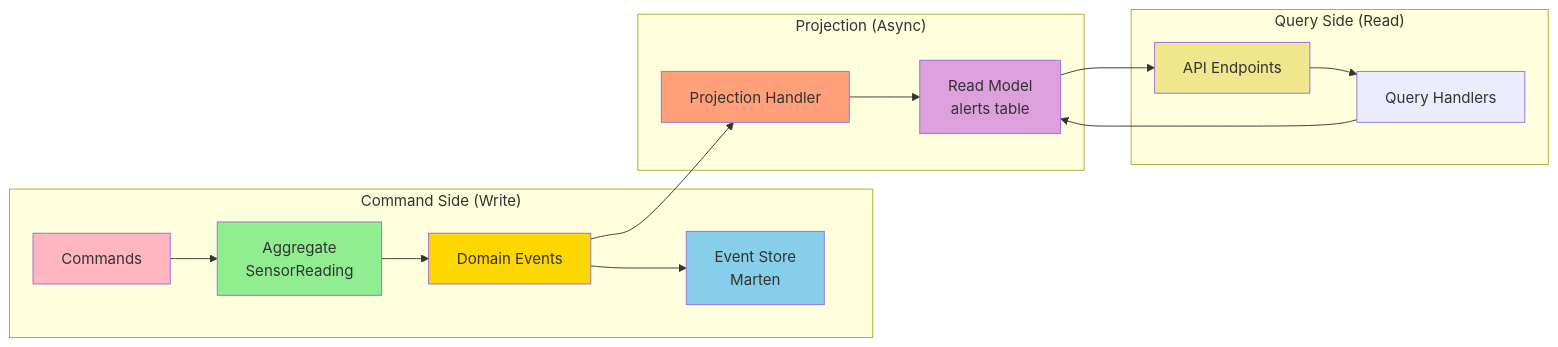
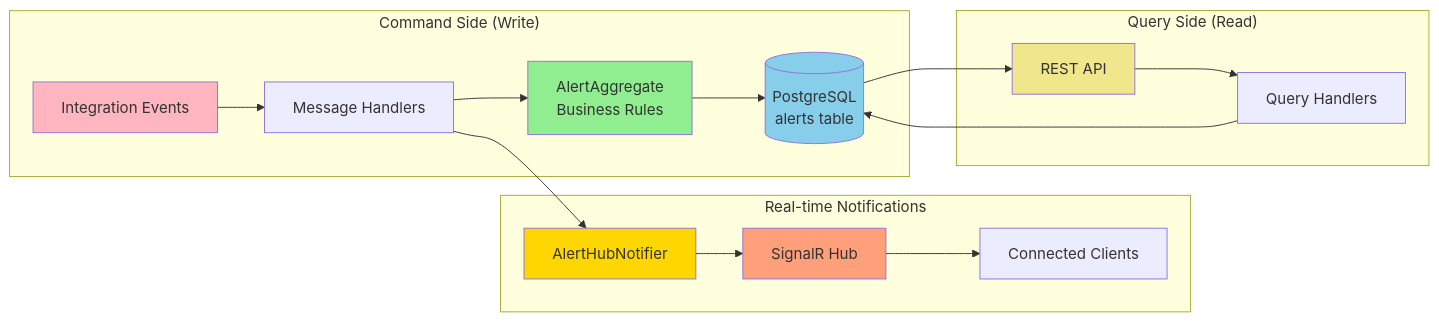
Before and after one commit to rdpresser/tc-agro-analytics-worker: the seventh of 12 diagrams in docs/C4_ARCHITECTURE_DIAGRAMS.md, drawn with Mermaid. The commit also changed other lines of this file and 7 other files, not shown here.

````diff
--- a/docs/C4_ARCHITECTURE_DIAGRAMS.md
+++ b/docs/C4_ARCHITECTURE_DIAGRAMS.md
@@ -349,27 +423,27 @@
 ```mermaid
 graph LR
     subgraph "Command Side (Write)"
-        CMD[Commands] --> AGG[Aggregate<br/>SensorReading]
-        AGG --> EVT[Domain Events]
-        EVT --> ES[Event Store<br/>Marten]
+        CMD[Integration Events] --> Handler[Message Handlers]
+        Handler --> AGG[AlertAggregate<br/>Business Rules]
+        AGG --> DB[(PostgreSQL<br/>alerts table)]
     end
-    
-    subgraph "Projection (Async)"
-        EVT --> PROJ[Projection Handler]
-        PROJ --> RM[Read Model<br/>alerts table]
+
+    subgraph "Real-time Notifications"
+        Handler --> Notifier[AlertHubNotifier]
+        Notifier --> SignalR[SignalR Hub]
+        SignalR --> Clients[Connected Clients]
     end
-    
+
     subgraph "Query Side (Read)"
-        API[API Endpoints] --> QH[Query Handlers]
-        QH --> RM
-        RM --> API
+        API[REST API] --> QH[Query Handlers]
+        QH --> DB
+        DB --> API
     end
-    
+
     style CMD fill:#FFB6C1
     style AGG fill:#90EE90
-    style EVT fill:#FFD700
-    style ES fill:#87CEEB
-    style PROJ fill:#FFA07A
-    style RM fill:#DDA0DD
+    style DB fill:#87CEEB
+    style Notifier fill:#FFD700
+    style SignalR fill:#FFA07A
     style API fill:#F0E68C
 ```
````
